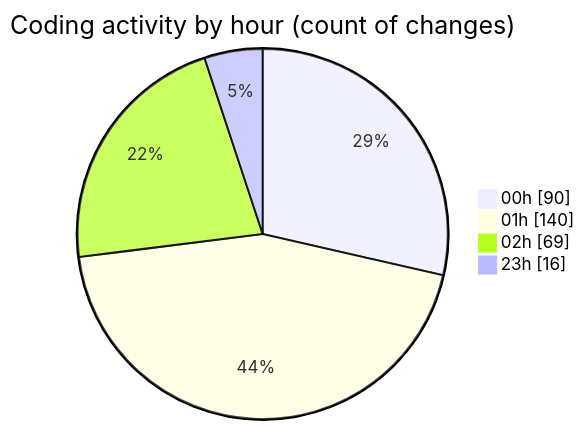
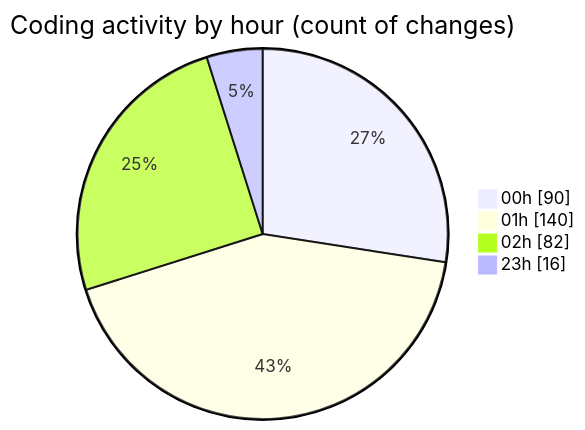
Before and after one commit to Ritupan-Deka/code-tracking: the second of 2 diagrams in 2025-05-26/projects/README.md, drawn with Mermaid. The commit also changed other lines of this file and 1 other file, not shown here.

````diff
--- a/2025-05-26/projects/README.md
+++ b/2025-05-26/projects/README.md
@@ -33,8 +33,8 @@
 ```mermaid
 pie showData
 title Coding activity by hour (count of changes)
 "00h" : 90
 "01h" : 140
-"02h" : 69
+"02h" : 82
 "23h" : 16
 ```
````
